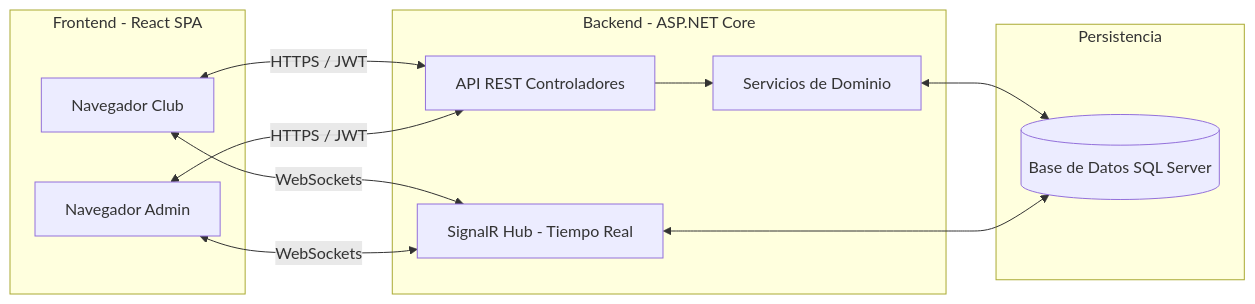
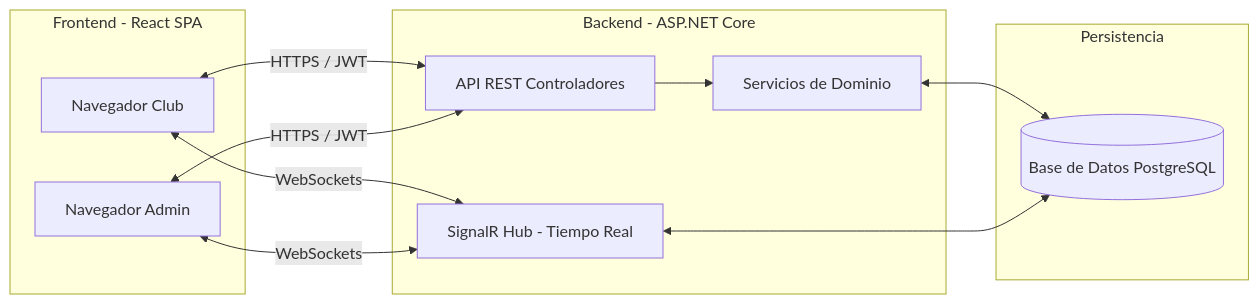
Before and after one commit to EzequielDigiacomo/SportTrack-Front: the first of 2 diagrams in docs/referencia/Presentacion_Sistema/03_Arquitectura_y_Diagramas.md, drawn with Mermaid. The commit also changed 20 other files, not shown here.

````diff
--- a/docs/referencia/Presentacion_Sistema/03_Arquitectura_y_Diagramas.md
+++ b/docs/referencia/Presentacion_Sistema/03_Arquitectura_y_Diagramas.md
@@ -7,29 +7,29 @@
 ```mermaid
 graph LR
     %% Clientes
     subgraph Frontend - React SPA
         A[Navegador Club]
         B[Navegador Admin]
     end
 
     %% Servidor
     subgraph Backend - ASP.NET Core
         API[API REST Controladores]
         Hub[SignalR Hub - Tiempo Real]
         Services[Servicios de Dominio]
     end
 
     %% Datos
     subgraph Persistencia
-        DB[(Base de Datos SQL Server)]
+        DB[(Base de Datos PostgreSQL)]
     end
 
     %% Relaciones
     A <-->|HTTPS / JWT| API
     B <-->|HTTPS / JWT| API
     A <-->|WebSockets| Hub
     B <-->|WebSockets| Hub
     API --> Services
     Services <--> DB
     Hub <--> DB
 ```
````
